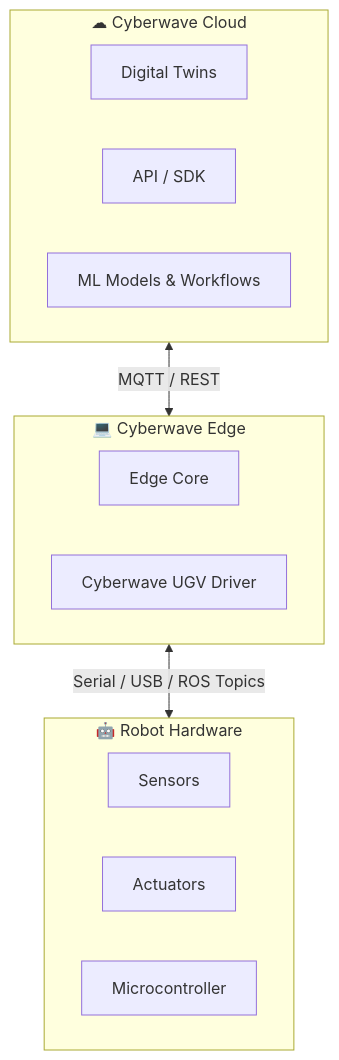
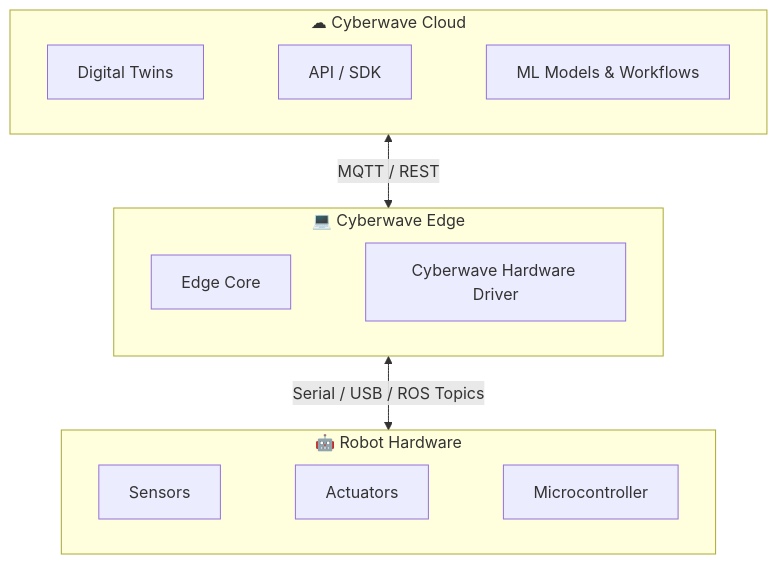
One commit to cyberwave-os/docs-mintlify changed the second of 4 diagrams in get-started/starter-kit-builders.mdx. Above: the diagram before and after it, drawn with Mermaid. The commit also changed other lines of this file, not shown here.

````diff
--- a/get-started/starter-kit-builders.mdx
+++ b/get-started/starter-kit-builders.mdx
@@ -203,23 +203,21 @@
 ```mermaid
 graph TB
     subgraph Cloud["☁ Cyberwave Cloud"]
-        DT["Digital Twins"]
-        API["API / SDK"]
-        ML["ML Models & Workflows"]
+        direction LR
+        DT["Digital Twins"] ~~~ API["API / SDK"] ~~~ ML["ML Models & Workflows"]
     end
 
     Cloud <-->|"MQTT / REST"| Edge
 
     subgraph Edge["💻 Cyberwave Edge"]
-        EC["Edge Core"]
-        DR["Cyberwave UGV Driver"]
+        direction LR
+        EC["Edge Core"] ~~~ DR["Cyberwave Hardware Driver"]
     end
 
     Edge <-->|"Serial / USB / ROS Topics"| HW
 
     subgraph HW["🤖 Robot Hardware"]
-        S["Sensors"]
-        A["Actuators"]
-        MC["Microcontroller"]
+        direction LR
+        S["Sensors"] ~~~ A["Actuators"] ~~~ MC["Microcontroller"]
     end
 ```
````
